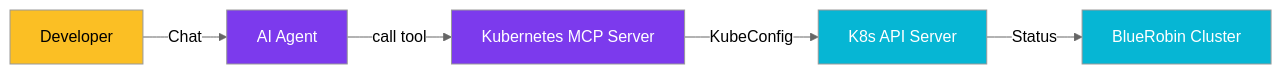
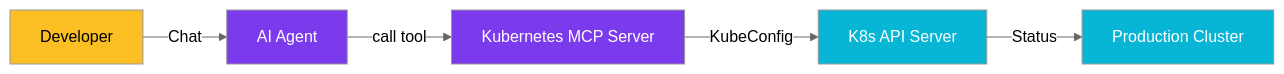
One commit to viktorrobin/bluerobin-blog changed the diagram in src/content/blog/mcp-server-kubernetes-management.mdx. Above: the diagram before and after it, drawn with Mermaid (neutral theme). The commit also changed other lines of this file and 111 other files, not shown here.

````diff
--- a/src/content/blog/mcp-server-kubernetes-management.mdx
+++ b/src/content/blog/mcp-server-kubernetes-management.mdx
@@ -36,16 +36,16 @@
 ```mermaid
 flowchart LR
     User[Developer] -->|Chat| LLM[AI Agent]
     LLM -->|call tool| MCP[Kubernetes MCP Server]
     MCP -->|KubeConfig| API[K8s API Server]
-    API -->|Status| Cluster[BlueRobin Cluster]
+    API -->|Status| Cluster[Production Cluster]
     
     classDef primary fill:#7c3aed,color:#fff
     classDef secondary fill:#06b6d4,color:#fff
     classDef db fill:#f43f5e,color:#fff
     classDef warning fill:#fbbf24,color:#000
 
     class MCP,LLM primary
     class API,Cluster secondary
     class User warning
 ```
````
